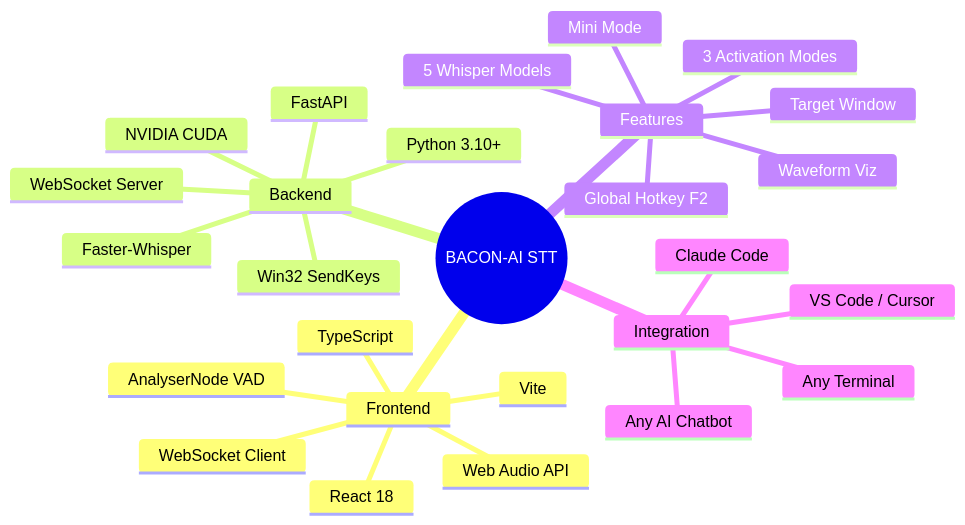
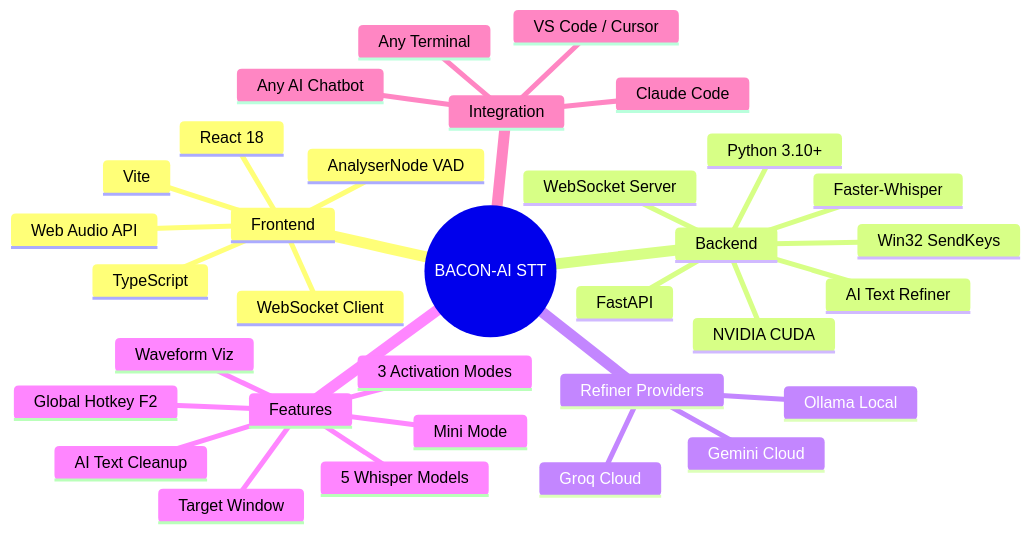
One commit to BACON-AI-CLOUD/bacon-ai-speech-to-text changed the fifth of 5 diagrams in README.md. Above: the diagram before and after it, drawn with Mermaid. The commit also changed other lines of this file, not shown here.

First line of the commit message:
docs: update README for v1.1 AI Text Refiner and vibe coding workflow

````diff
--- a/README.md
+++ b/README.md
@@ -462,30 +520,36 @@
 ```mermaid
 mindmap
   root((BACON-AI STT))
     Frontend
       React 18
       TypeScript
       Vite
       WebSocket Client
       Web Audio API
       AnalyserNode VAD
     Backend
       Python 3.10+
       FastAPI
       Faster-Whisper
       NVIDIA CUDA
       WebSocket Server
       Win32 SendKeys
+      AI Text Refiner
+    Refiner Providers
+      Ollama Local
+      Gemini Cloud
+      Groq Cloud
     Features
       5 Whisper Models
       3 Activation Modes
+      AI Text Cleanup
       Global Hotkey F2
       Mini Mode
       Target Window
       Waveform Viz
     Integration
       Claude Code
       Any AI Chatbot
       VS Code / Cursor
       Any Terminal
 ```
````
